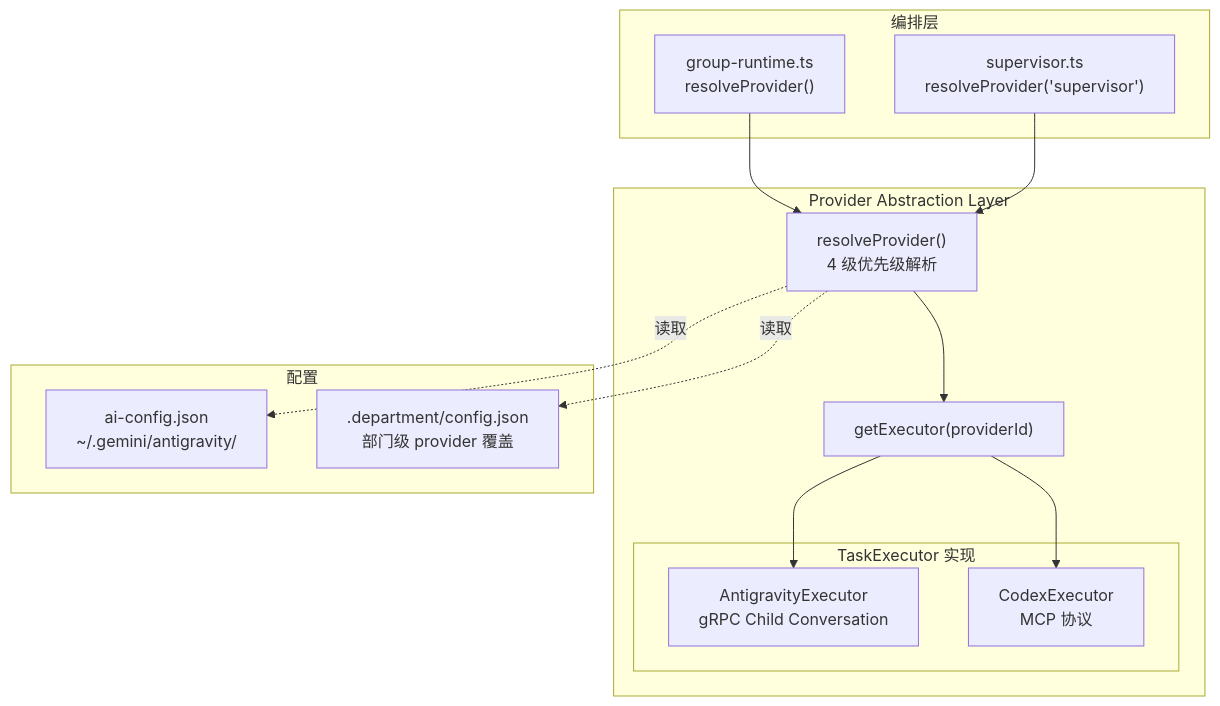
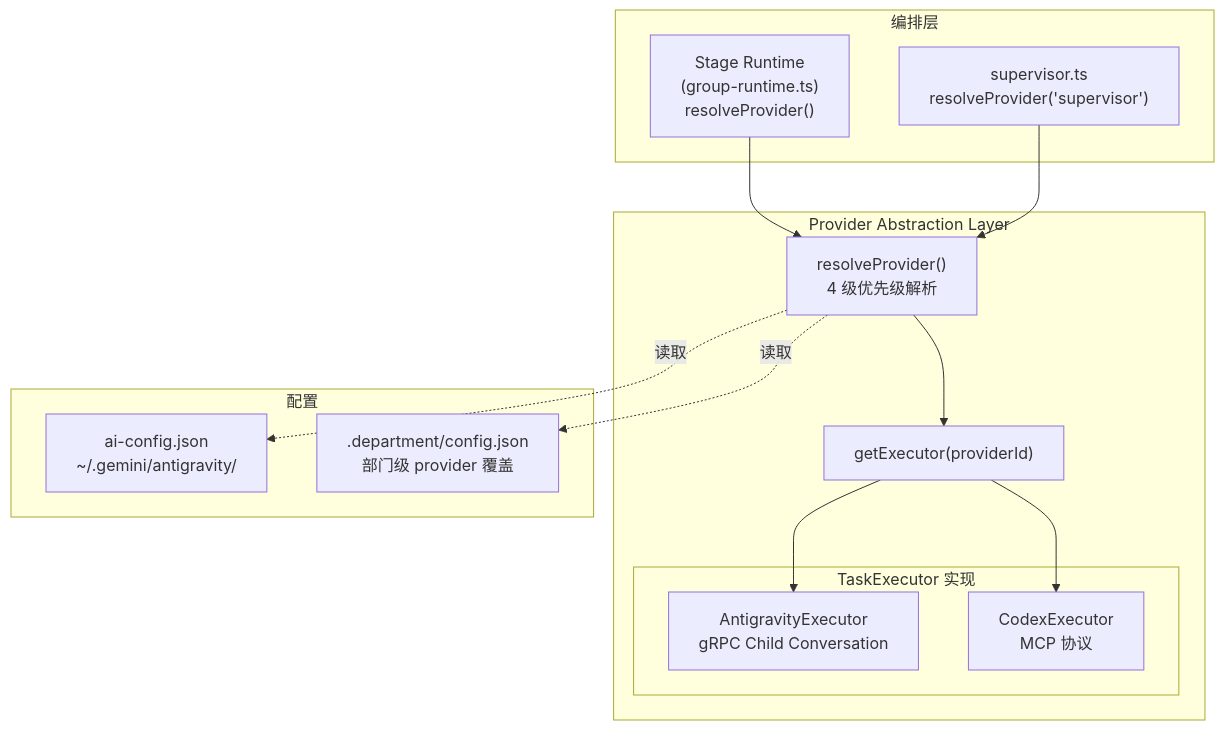
One commit to pikapikaspeedup/OPC_CEO changed diagram 14 of 20 in ARCHITECTURE.md. Above: the diagram before and after it, drawn with Mermaid. The commit also changed other lines of this file and 102 other files, not shown here.

````diff
--- a/ARCHITECTURE.md
+++ b/ARCHITECTURE.md
@@ -688,30 +689,30 @@
 ```mermaid
 flowchart TB
     subgraph Orchestration["编排层"]
-        GR["group-runtime.ts<br/>resolveProvider()"]
+        GR["Stage Runtime<br/>(group-runtime.ts)<br/>resolveProvider()"]
         SUP["supervisor.ts<br/>resolveProvider('supervisor')"]
     end
 
     subgraph PAL["Provider Abstraction Layer"]
         RE["resolveProvider()<br/>4 级优先级解析"]
         GE["getExecutor(providerId)"]
         
         subgraph Executors["TaskExecutor 实现"]
             AE["AntigravityExecutor<br/>gRPC Child Conversation"]
             CE["CodexExecutor<br/>MCP 协议"]
         end
     end
 
     subgraph Config["配置"]
         AIC["ai-config.json<br/>~/.gemini/antigravity/"]
         DC[".department/config.json<br/>部门级 provider 覆盖"]
     end
 
     GR --> RE
     SUP --> RE
     RE --> GE
     GE --> AE
     GE --> CE
     RE -.->|"读取"| AIC
     RE -.->|"读取"| DC
 ```
````
